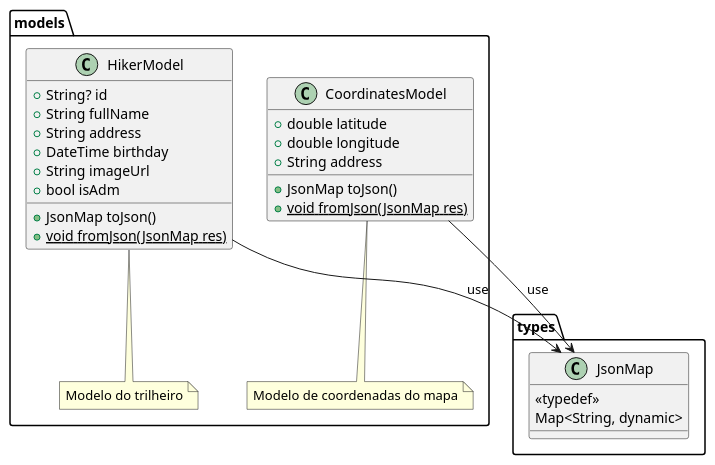
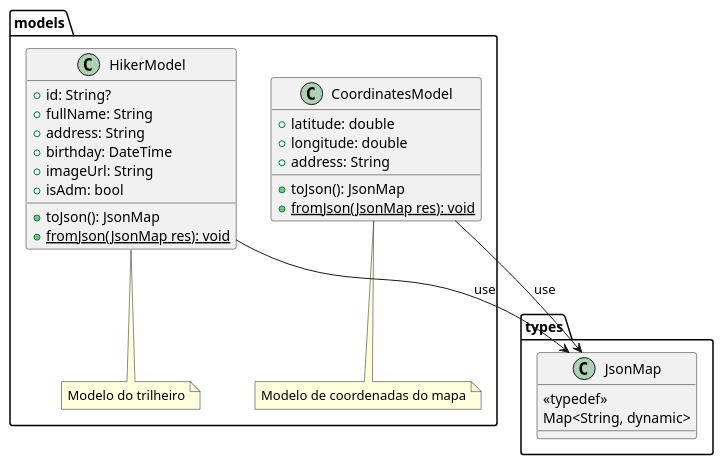
The diagram in docs/diagrams/src/pe_na_pedra_class_diagram_1.plantuml (tiagors09/pe_na_pedra), drawn with PlantUML before and after one commit. The commit also changed 8 other files, not shown here.

Commit message:
refactor: :recycle: refactor class diagram plantuml code

```diff
--- a/docs/diagrams/src/pe_na_pedra_class_diagram_1.plantuml
+++ b/docs/diagrams/src/pe_na_pedra_class_diagram_1.plantuml
@@ -1,38 +1,38 @@
 @startuml pe_na_pedra_class_diagram_1
 package types {
   class JsonMap {
     <<typedef>>
     Map<String, dynamic>
   }
 }
 
 package models {
   note "Modelo do trilheiro" as N1
   note "Modelo de coordenadas do mapa" as N2
 
   class HikerModel {
-    + String? id
-    + String fullName
-    + String address
-    + DateTime birthday
-    + String imageUrl
-    + bool isAdm
-    + JsonMap toJson()
-    + {static} void fromJson(JsonMap res)
+    + id: String?
+    + fullName: String
+    + address: String
+    + birthday: DateTime
+    + imageUrl: String
+    + isAdm: bool
+    + toJson(): JsonMap
+    + {static} fromJson(JsonMap res): void
   }
 
   class CoordinatesModel {
-    + double latitude
-    + double longitude
-    + String address
-    + JsonMap toJson()
-    + {static} void fromJson(JsonMap res)
+    + latitude: double
+    + longitude: double
+    + address: String
+    + toJson(): JsonMap
+    + {static} fromJson(JsonMap res): void
   }
 
   HikerModel .. N1
   CoordinatesModel .. N2
 
   HikerModel --> JsonMap : use
   CoordinatesModel --> JsonMap : use
 }
 @enduml
```
